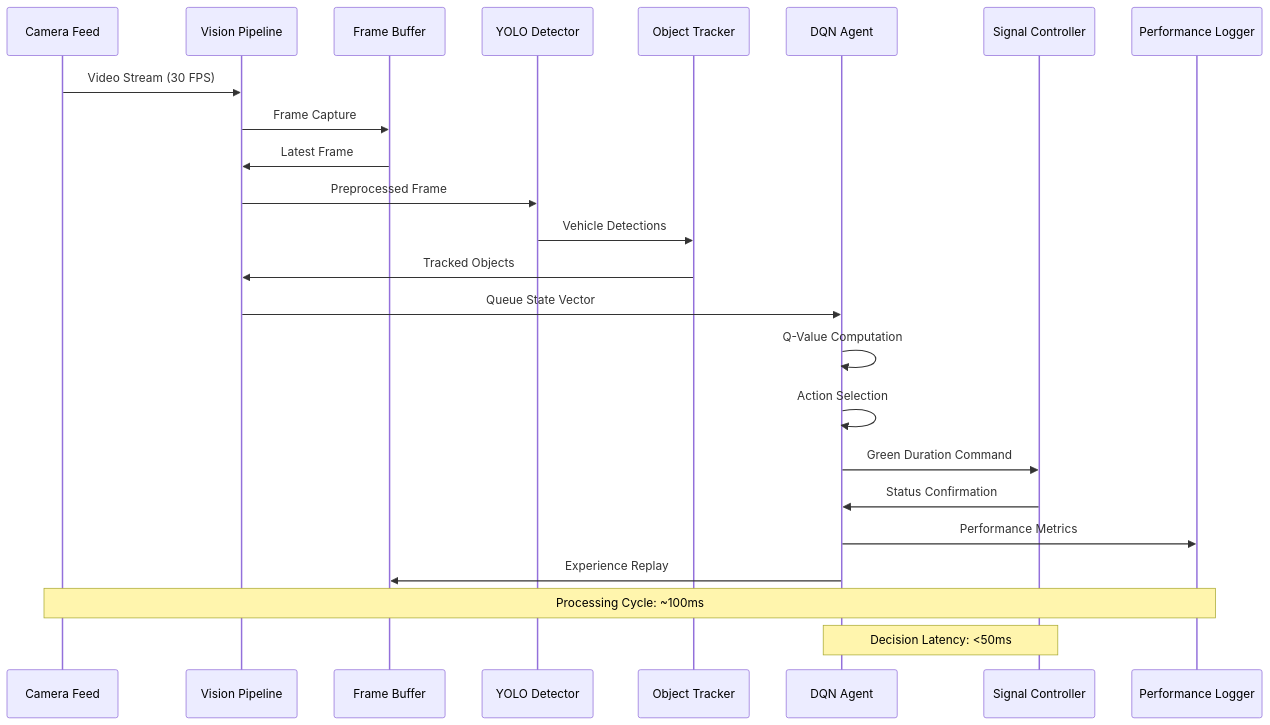
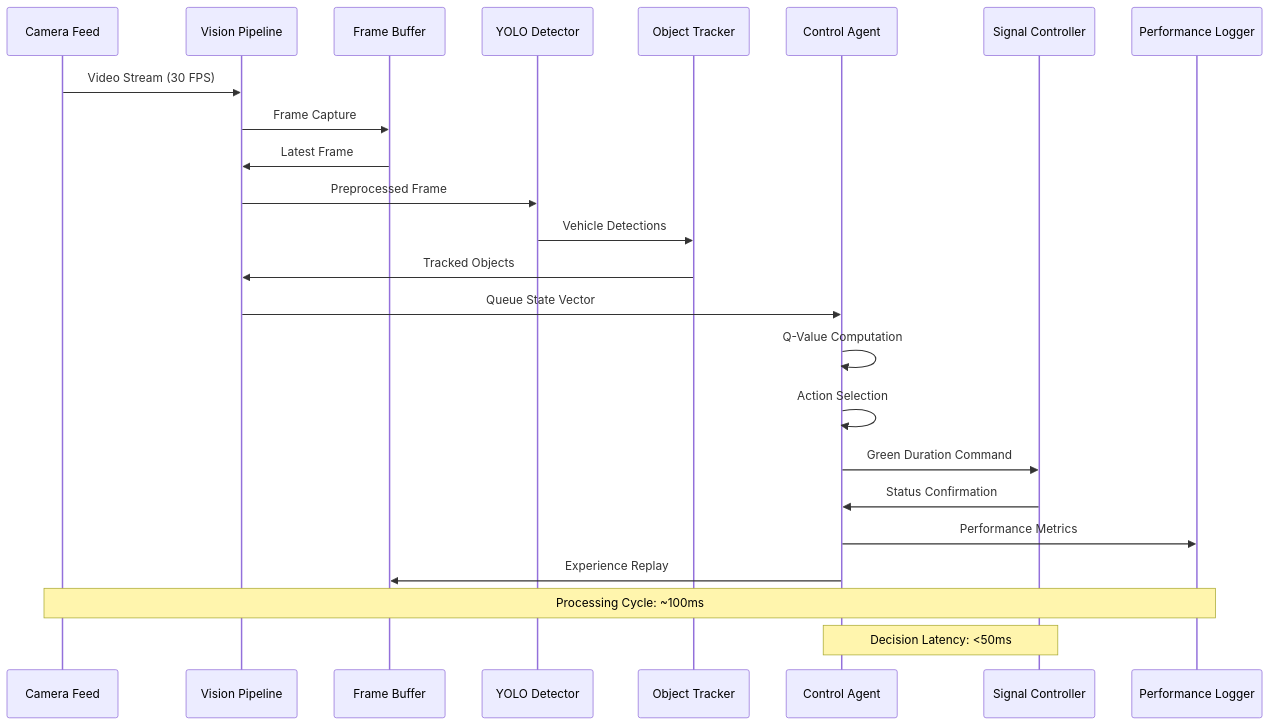
One commit to Bobbymkr/Projects changed the fifth of 12 diagrams in data_flow_diagram.md. Above: the diagram before and after it, drawn with Mermaid. The commit also changed other lines of this file and 16 other files, not shown here.

````diff
--- a/data_flow_diagram.md
+++ b/data_flow_diagram.md
@@ -205,30 +230,30 @@
 ```mermaid
 sequenceDiagram
     participant Camera as Camera Feed
     participant Vision as Vision Pipeline
     participant Buffer as Frame Buffer
     participant YOLO as YOLO Detector
     participant Tracker as Object Tracker
-    participant Agent as DQN Agent
+    participant Agent as Control Agent
     participant Controller as Signal Controller
     participant Logger as Performance Logger
 
     Camera->>Vision: Video Stream (30 FPS)
     Vision->>Buffer: Frame Capture
     Buffer->>Vision: Latest Frame
     Vision->>YOLO: Preprocessed Frame
     YOLO->>Tracker: Vehicle Detections
     Tracker->>Vision: Tracked Objects
     Vision->>Agent: Queue State Vector
     
     Agent->>Agent: Q-Value Computation
     Agent->>Agent: Action Selection
     Agent->>Controller: Green Duration Command
     Controller->>Agent: Status Confirmation
     
     Agent->>Logger: Performance Metrics
     Agent->>Buffer: Experience Replay
     
     Note over Camera, Logger: Processing Cycle: ~100ms
     Note over Agent, Controller: Decision Latency: <50ms
 ```
````
